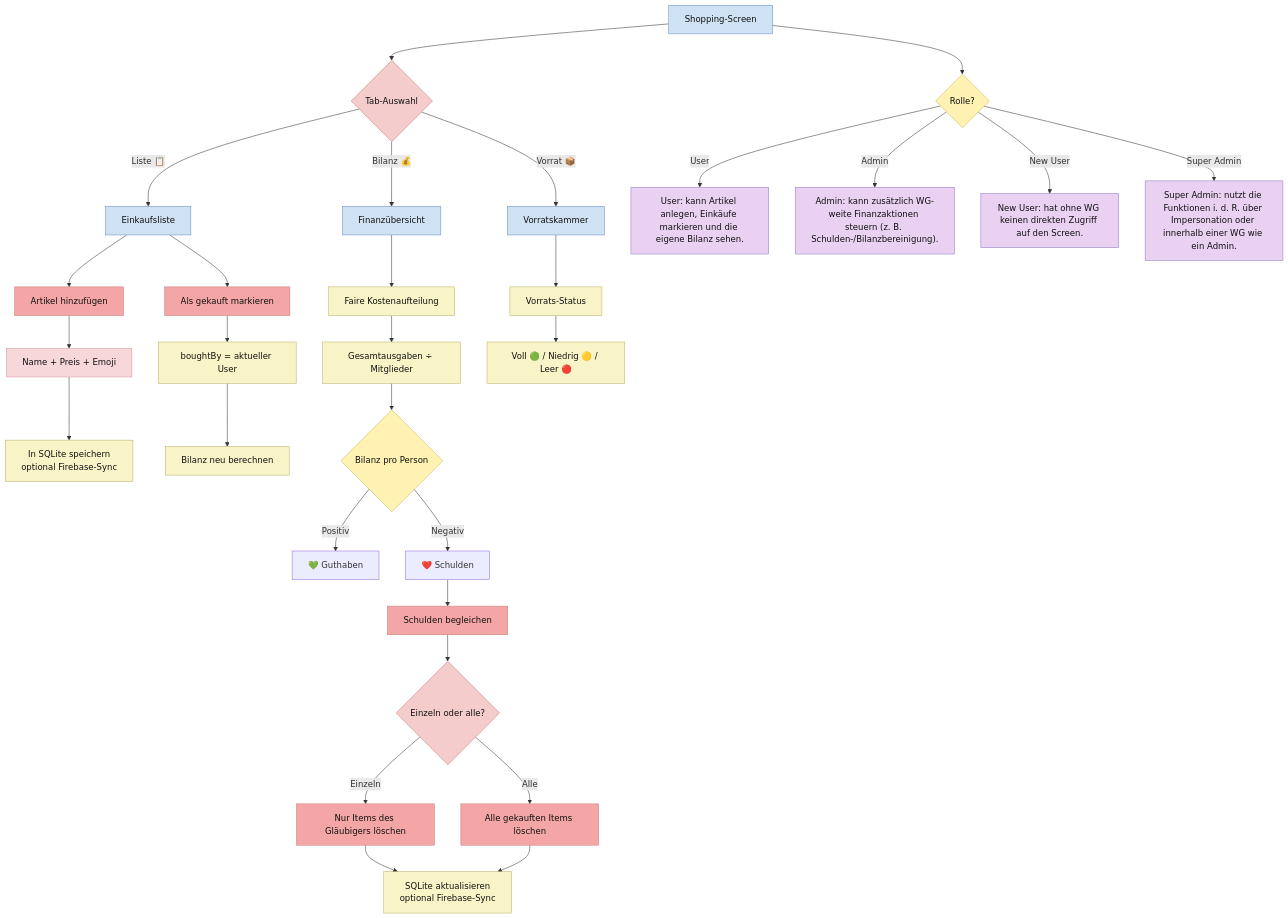
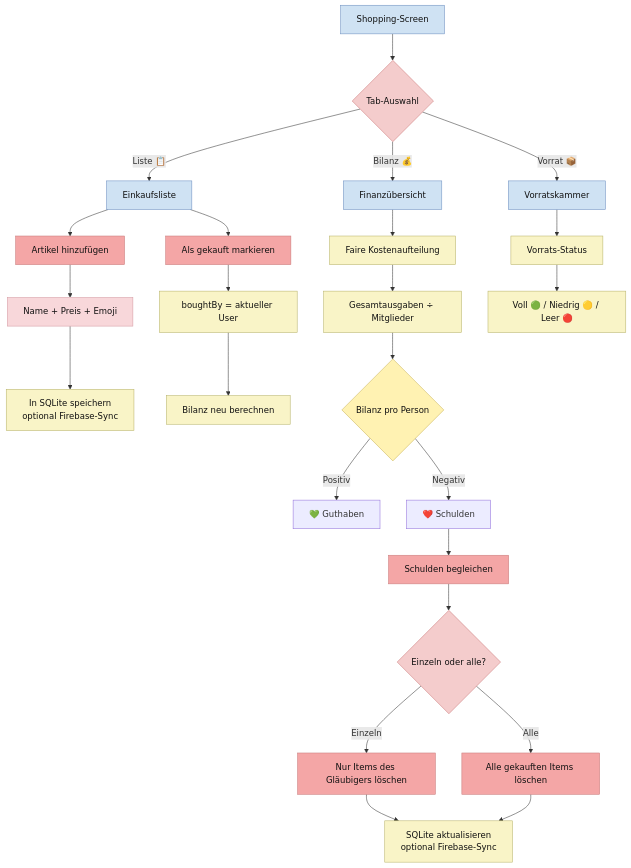
One commit to Nejy190501/WGManager changed the fourth of 27 diagrams in ABLAUFDIAGRAMM.md. Above: the diagram before and after it, drawn with Mermaid. The commit also changed other lines of this file, not shown here.

````diff
--- a/ABLAUFDIAGRAMM.md
+++ b/ABLAUFDIAGRAMM.md
@@ -209,58 +183,45 @@
 ```mermaid
 flowchart TD
     A["Shopping-Screen"] --> B{"Tab-Auswahl"}
     B -->|Liste 📋| C["Einkaufsliste"]
     B -->|Bilanz 💰| D["Finanzübersicht"]
     B -->|Vorrat 📦| E["Vorratskammer"]
-    
+
     C --> F["Artikel hinzufügen"]
     F --> G["Name + Preis + Emoji"]
     G --> H["In SQLite speichern<br/>optional Firebase-Sync"]
-    
+
     C --> I["Als gekauft markieren"]
     I --> J["boughtBy = aktueller User"]
     J --> K["Bilanz neu berechnen"]
-    
+
     D --> L["Faire Kostenaufteilung"]
     L --> M["Gesamtausgaben ÷ Mitglieder"]
     M --> N{"Bilanz pro Person"}
     N -->|Positiv| O["💚 Guthaben"]
     N -->|Negativ| P["❤️ Schulden"]
     P --> Q["Schulden begleichen"]
     Q --> R{"Einzeln oder alle?"}
     R -->|Einzeln| S["Nur Items des Gläubigers löschen"]
     R -->|Alle| T["Alle gekauften Items löschen"]
     S --> U["SQLite aktualisieren<br/>optional Firebase-Sync"]
     T --> U
-    
+
     E --> V["Vorrats-Status"]
     V --> W["Voll 🟢 / Niedrig 🟡 / Leer 🔴"]
-
-
-    A --> RLQ{"Rolle?"}
-    RLU["User: kann Artikel anlegen, Einkäufe markieren und die eigene Bilanz sehen."]
-    RLA["Admin: kann zusätzlich WG-weite Finanzaktionen steuern (z. B. Schulden-/Bilanzbereinigung)."]
-    RLN["New User: hat ohne WG keinen direkten Zugriff auf den Screen."]
-    RLS["Super Admin: nutzt die Funktionen i. d. R. über Impersonation oder innerhalb einer WG wie ein Admin."]
-    RLQ -->|User| RLU
-    RLQ -->|Admin| RLA
-    RLQ -->|New User| RLN
-    RLQ -->|Super Admin| RLS
 
     classDef userAction fill:#ead1f2,stroke:#8e7cc3,color:#111;
     classDef systemAction fill:#f9f4c7,stroke:#b7b26a,color:#111;
     classDef userDecision fill:#f4cccc,stroke:#cc7a7a,color:#111;
     classDef systemDecision fill:#fff2b2,stroke:#c9b458,color:#111;
     classDef button fill:#f4a6a6,stroke:#c97b7b,color:#111;
     classDef userInput fill:#f8d7da,stroke:#d49aa2,color:#111;
     classDef screen fill:#cfe2f3,stroke:#6c8ebf,color:#111;
 
     class H,J,K,L,M,U,V,W systemAction;
     class B,R userDecision;
     class N systemDecision;
     class F,I,Q,S,T button;
     class G userInput;
     class A,C,D,E screen;
-    class RLQ systemDecision;
-    class RLU,RLA,RLN,RLS userAction;
 ```
````
